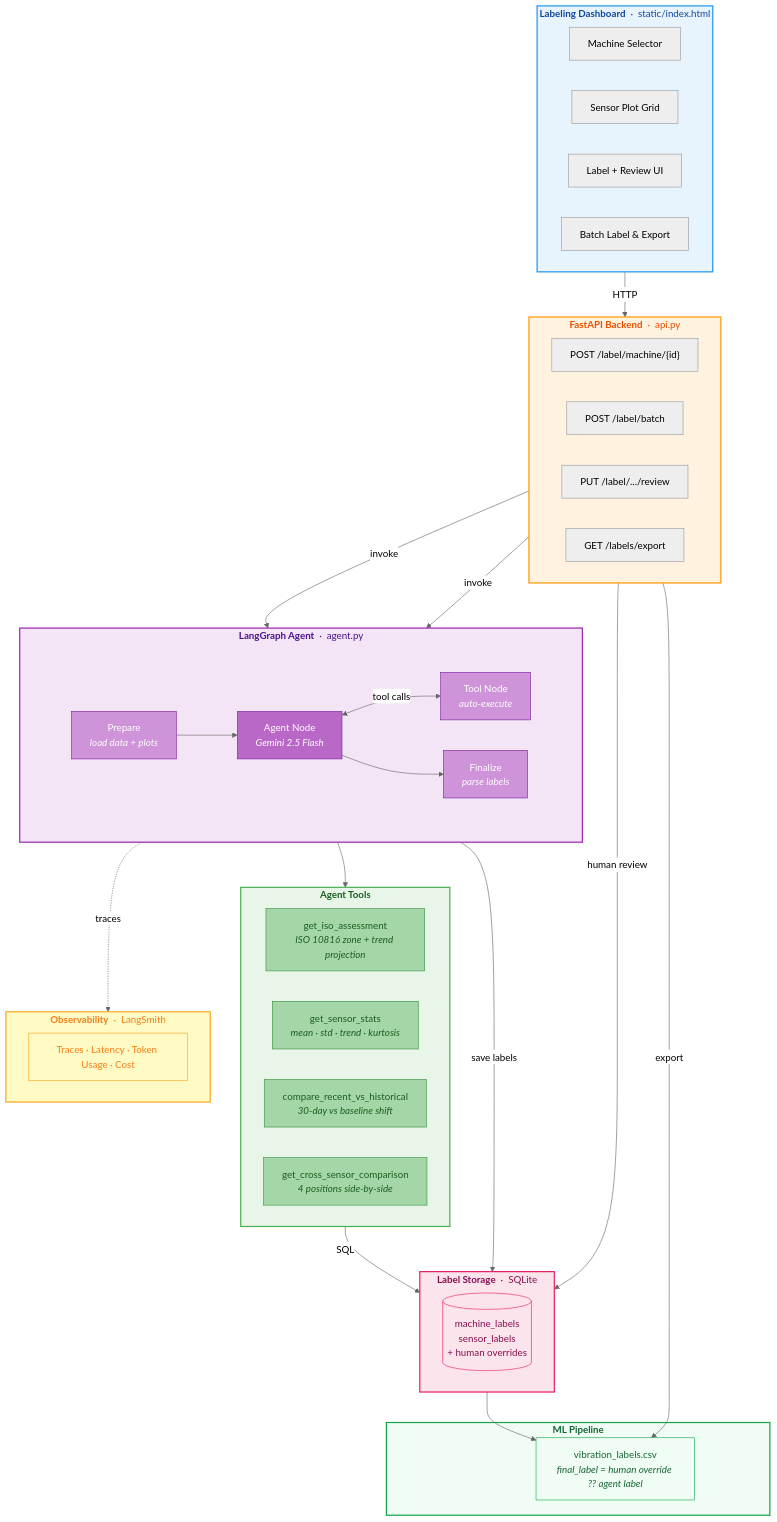
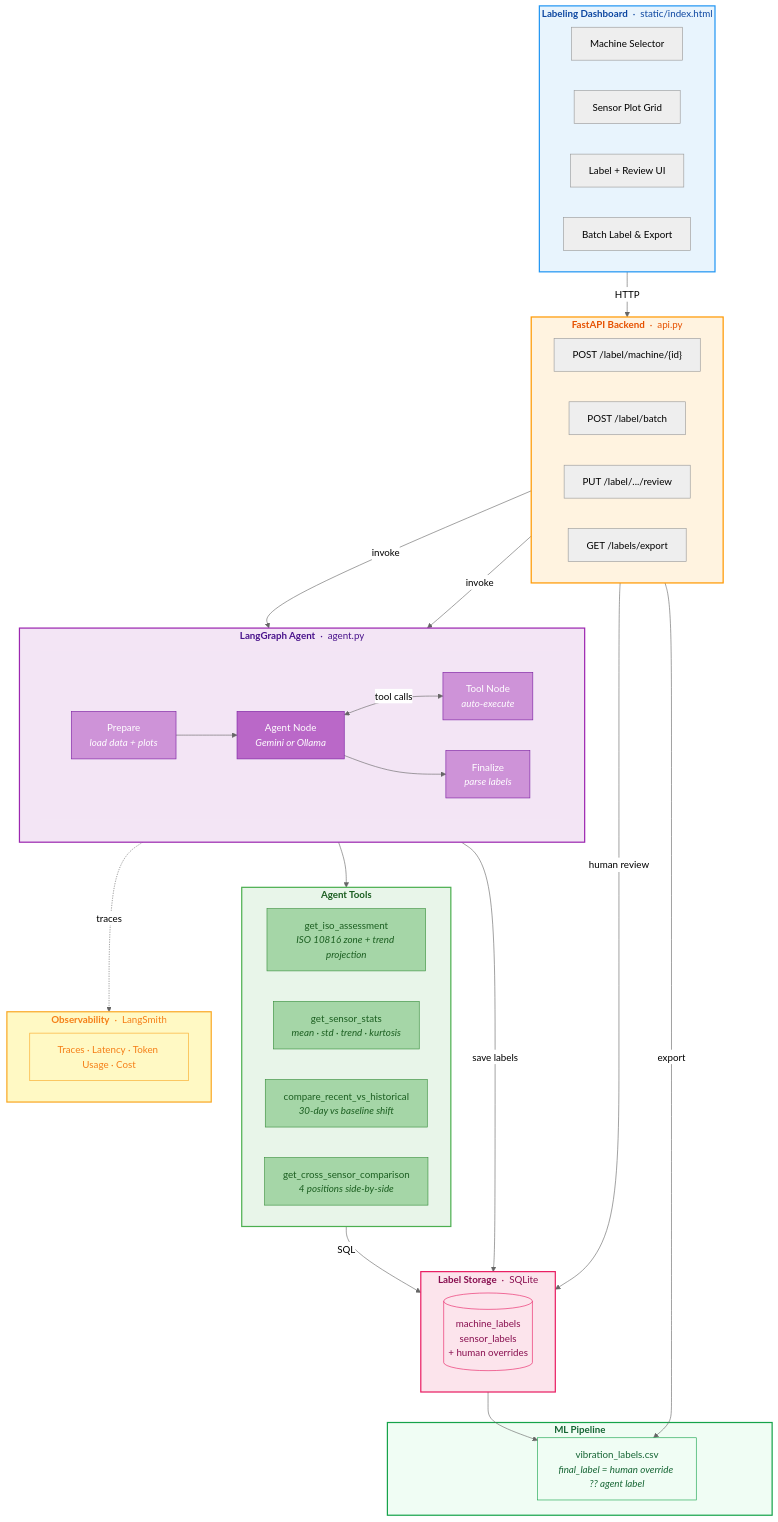
Before and after one commit to phanidhirajpadimiti/Vib_Analysis: the first of 2 diagrams in README.md, drawn with Mermaid (neutral theme). The commit also changed other lines of this file, not shown here.

```diff
--- a/README.md
+++ b/README.md
@@ -31,7 +31,7 @@
         subgraph GRAPH[" "]
             direction LR
             P["Prepare<br/><i>load data + plots</i>"]
-            LLM["Agent Node<br/><i>Gemini 2.5 Flash</i>"]
+            LLM["Agent Node<br/><i>Gemini or Ollama</i>"]
             TN["Tool Node<br/><i>auto-execute</i>"]
             FIN["Finalize<br/><i>parse labels</i>"]
         end
```
